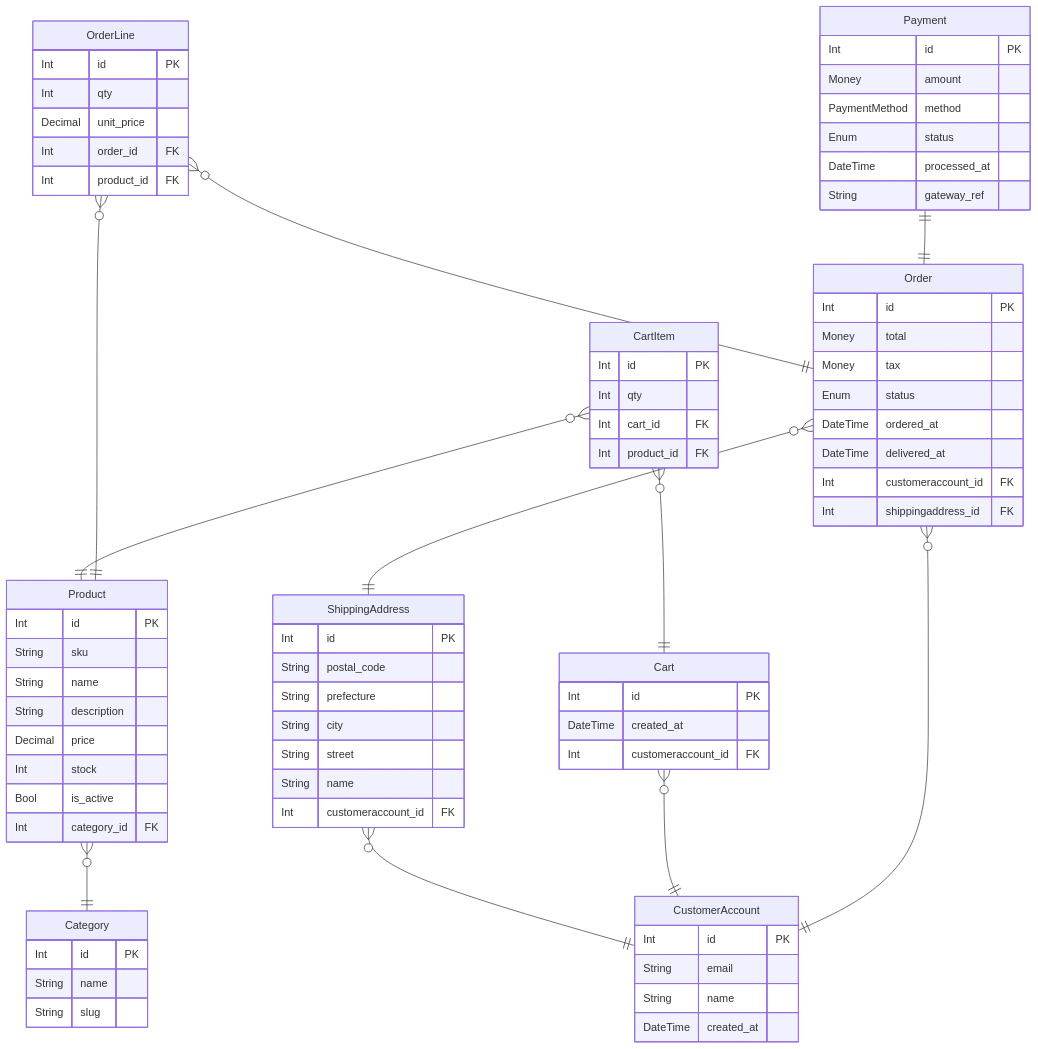
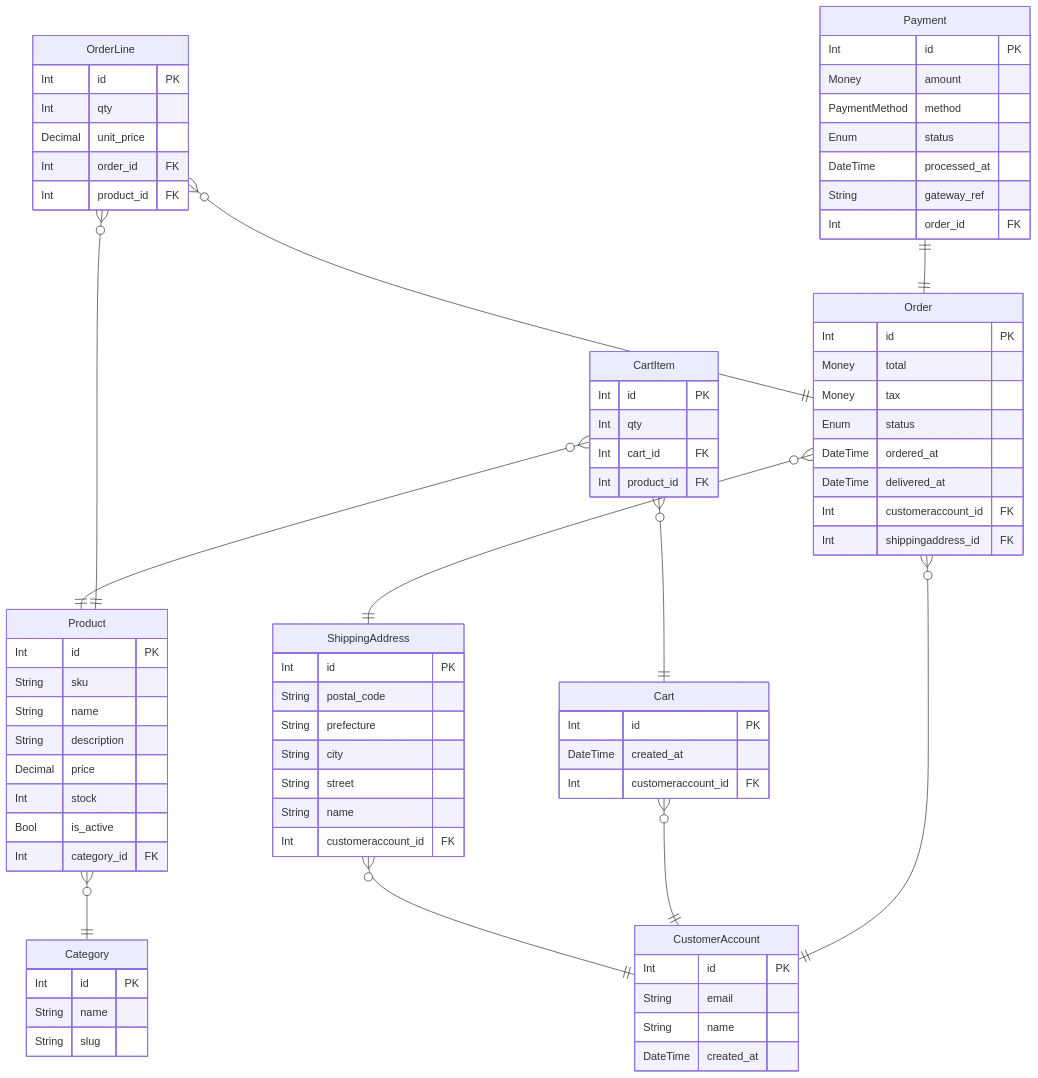
One commit to manji-0/rdra-ish-dsl changed the diagram in samples/ec-site/out/er.mmd. Above: the diagram before and after it, drawn with Mermaid. The commit also changed 11 other files, not shown here.

```diff
--- a/samples/ec-site/out/er.mmd
+++ b/samples/ec-site/out/er.mmd
@@ -1,77 +1,78 @@
 erDiagram
   Cart {
     Int id PK
     DateTime created_at
     Int customeraccount_id FK
   }
   CartItem {
     Int id PK
     Int qty
     Int cart_id FK
     Int product_id FK
   }
   Category {
     Int id PK
     String name
     String slug
   }
   CustomerAccount {
     Int id PK
     String email
     String name
     DateTime created_at
   }
   Order {
     Int id PK
     Money total
     Money tax
     Enum status
     DateTime ordered_at
     DateTime delivered_at
     Int customeraccount_id FK
     Int shippingaddress_id FK
   }
   OrderLine {
     Int id PK
     Int qty
     Decimal unit_price
     Int order_id FK
     Int product_id FK
   }
   Payment {
     Int id PK
     Money amount
     PaymentMethod method
     Enum status
     DateTime processed_at
     String gateway_ref
+    Int order_id FK
   }
   Product {
     Int id PK
     String sku
     String name
     String description
     Decimal price
     Int stock
     Bool is_active
     Int category_id FK
   }
   ShippingAddress {
     Int id PK
     String postal_code
     String prefecture
     String city
     String street
     String name
     Int customeraccount_id FK
   }
   Product }o--|| Category : ""
   ShippingAddress }o--|| CustomerAccount : ""
   Cart }o--|| CustomerAccount : ""
   CartItem }o--|| Product : ""
   CartItem }o--|| Cart : ""
   Order }o--|| CustomerAccount : ""
   Order }o--|| ShippingAddress : ""
   OrderLine }o--|| Product : ""
   OrderLine }o--|| Order : ""
   Payment ||--|| Order : ""
```
